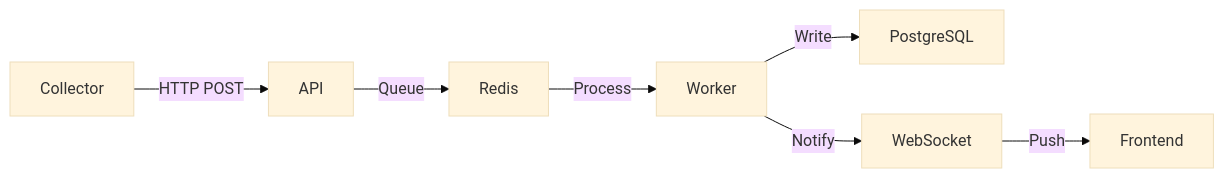
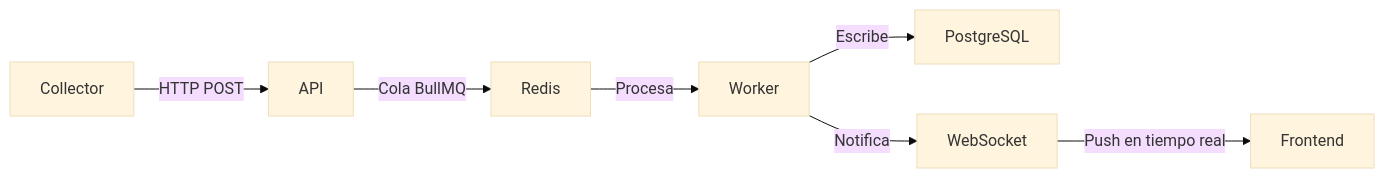
One commit to DataGooArt/CEM-MVP changed the second of 2 diagrams in ARCHITECTURE.md. Above: the diagram before and after it, drawn with Mermaid (base theme). The commit also changed other lines of this file and 8 other files, not shown here.

````diff
--- a/ARCHITECTURE.md
+++ b/ARCHITECTURE.md
@@ -56,9 +156,9 @@
 ```mermaid
 graph LR
     Collector -->|HTTP POST| API
-    API -->|Queue| Redis
-    Redis -->|Process| Worker
-    Worker -->|Write| PostgreSQL
-    Worker -->|Notify| WebSocket
-    WebSocket -->|Push| Frontend
+    API -->|Cola BullMQ| Redis
+    Redis -->|Procesa| Worker
+    Worker -->|Escribe| PostgreSQL
+    Worker -->|Notifica| WebSocket
+    WebSocket -->|Push en tiempo real| Frontend
 ```
````
